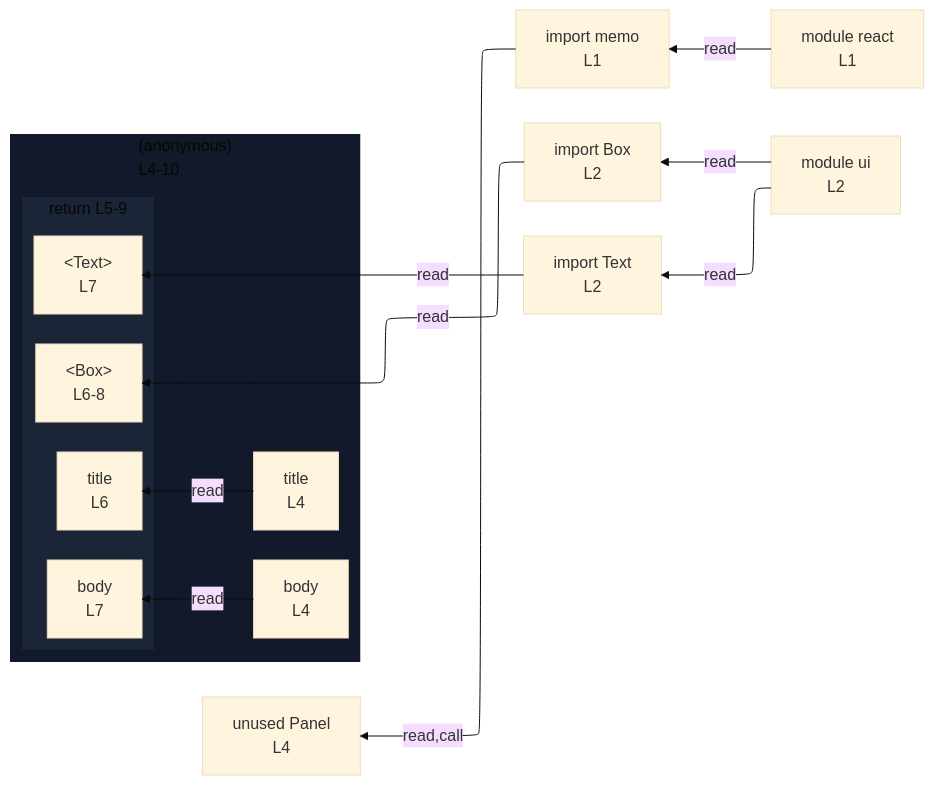
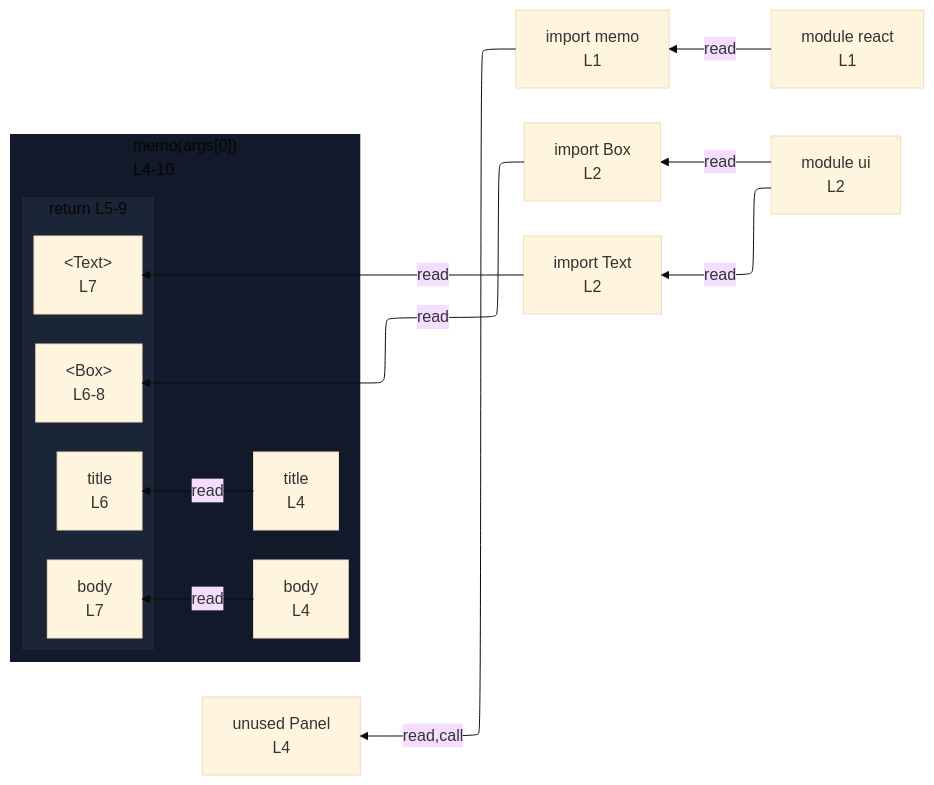
The diagram in integration/fixtures/jsx/memo-component/preview.md (crescware/unsnarl), drawn with Mermaid (base theme) before and after one commit. The commit also changed 71 other files, not shown here.

````diff
--- a/integration/fixtures/jsx/memo-component/preview.md
+++ b/integration/fixtures/jsx/memo-component/preview.md
@@ -20,34 +20,34 @@
 ```mermaid
 %%{init: {"flowchart": {"defaultRenderer": "elk"}}}%%
 flowchart RL
   n_scope_0_memo_9["import memo<br/>L1"]
   n_scope_0_Box_39["import Box<br/>L2"]
   n_scope_0_Text_44["import Text<br/>L2"]
   n_scope_0_Panel_76["unused Panel<br/>L4"]
-  subgraph s_scope_1["(anonymous)<br/>L4-10"]
+  subgraph s_scope_1["memo(args[0])<br/>L4-10"]
     direction RL
     n_scope_1_title_90["title<br/>L4"]
     n_scope_1_body_105["body<br/>L4"]
     subgraph s_return_scope_1_126_200["return L5-9"]
       direction RL
       ret_use_ref_2["&lt;Box&gt;<br/>L6-8"]
       ret_use_ref_3["title<br/>L6"]
       ret_use_ref_4["&lt;Text&gt;<br/>L7"]
       ret_use_ref_5["body<br/>L7"]
     end
   end
   n_scope_0_memo_9 -->|read,call| n_scope_0_Panel_76
   n_scope_0_Box_39 -->|read| ret_use_ref_2
   n_scope_1_title_90 -->|read| ret_use_ref_3
   n_scope_0_Text_44 -->|read| ret_use_ref_4
   n_scope_1_body_105 -->|read| ret_use_ref_5
   mod_react["module react<br/>L1"]
   mod_ui["module ui<br/>L2"]
   mod_react -->|read| n_scope_0_memo_9
   mod_ui -->|read| n_scope_0_Box_39
   mod_ui -->|read| n_scope_0_Text_44
   classDef nestL1 fill:#11192a,stroke:transparent;
   class s_scope_1 nestL1;
   classDef nestL2 fill:#1a2538,stroke:transparent;
   class s_return_scope_1_126_200 nestL2;
 ```
````
